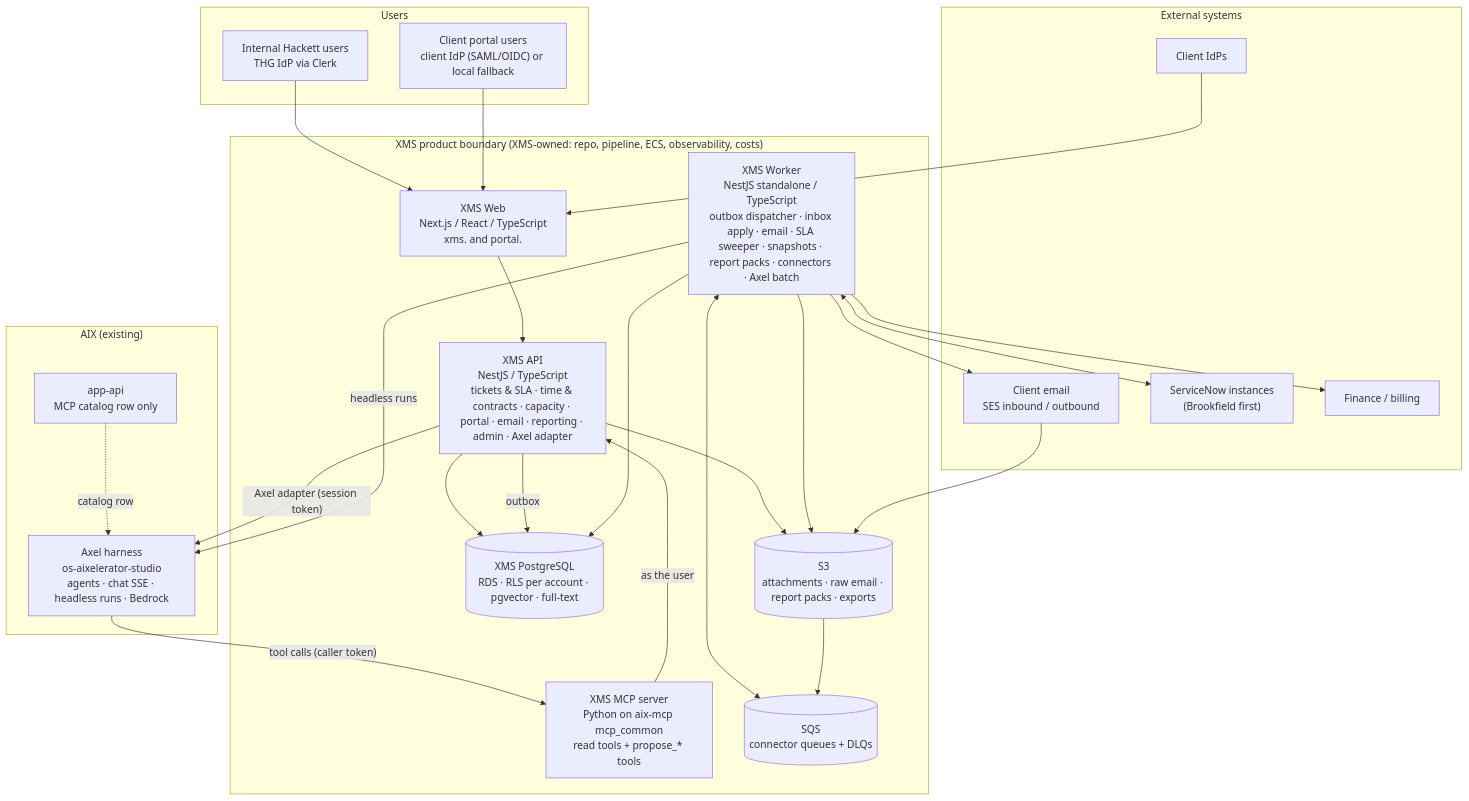
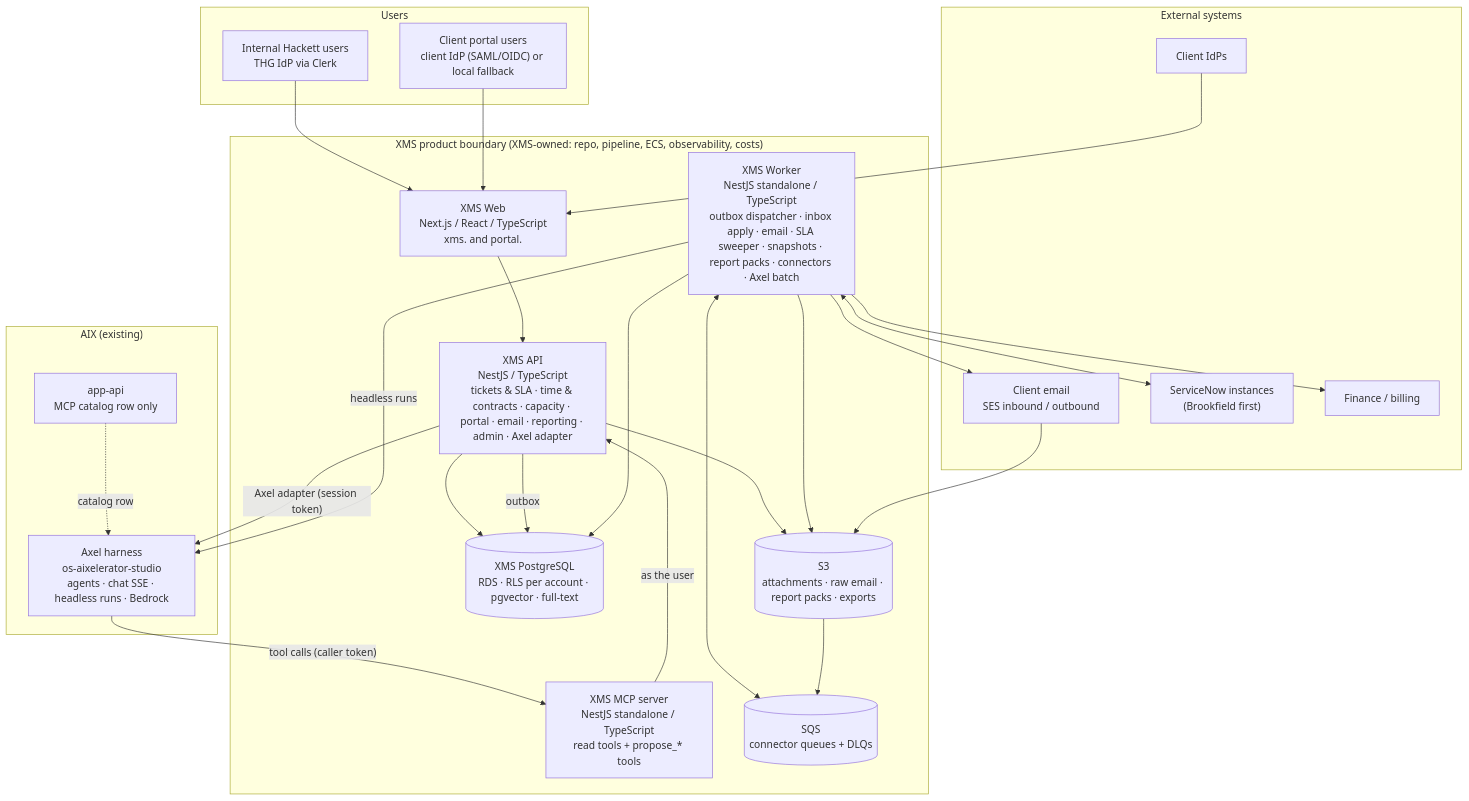
The diagram in 01-architecture/ARCHITECTURE.md (Mattb0124/xms-specs), drawn with Mermaid before and after one commit. The commit also changed other lines of this file and 16 other files, not shown here.

````diff
--- a/01-architecture/ARCHITECTURE.md
+++ b/01-architecture/ARCHITECTURE.md
@@ -15,46 +15,46 @@
 ```mermaid
 flowchart TB
     subgraph USERS["Users"]
       INT["Internal Hackett users\nTHG IdP via Clerk"]
       EXT["Client portal users\nclient IdP (SAML/OIDC) or local fallback"]
     end
     subgraph XMS["XMS product boundary (XMS-owned: repo, pipeline, ECS, observability, costs)"]
       WEB["XMS Web\nNext.js / React / TypeScript\nxms.<domain> and portal.<domain>"]
       API["XMS API\nNestJS / TypeScript\ntickets & SLA · time & contracts · capacity · portal · email · reporting · admin · Axel adapter"]
       WORKER["XMS Worker\nNestJS standalone / TypeScript\noutbox dispatcher · inbox apply · email · SLA sweeper · snapshots · report packs · connectors · Axel batch"]
-      MCP["XMS MCP server\nPython on aix-mcp mcp_common\nread tools + propose_* tools"]
+      MCP["XMS MCP server\nNestJS standalone / TypeScript\nread tools + propose_* tools"]
       PG[("XMS PostgreSQL\nRDS · RLS per account · pgvector · full-text")]
       S3[("S3\nattachments · raw email · report packs · exports")]
       SQS[("SQS\nconnector queues + DLQs")]
     end
     subgraph AIX["AIX (existing)"]
       AXEL["Axel harness\nos-aixelerator-studio\nagents · chat SSE · headless runs · Bedrock"]
       APPAPI["app-api\nMCP catalog row only"]
     end
     subgraph EXTS["External systems"]
       MAIL["Client email\nSES inbound / outbound"]
       SN["ServiceNow instances\n(Brookfield first)"]
       FIN["Finance / billing"]
       IDP["Client IdPs"]
     end
     INT --> WEB
     EXT --> WEB
     WEB --> API
     API --> PG
     API --> S3
     API -->|"outbox"| PG
     WORKER --> PG
     WORKER --> S3
     WORKER <--> SQS
     API -->|"Axel adapter (session token)"| AXEL
     WORKER -->|"headless runs"| AXEL
     AXEL -->|"tool calls (caller token)"| MCP
     MCP -->|"as the user"| API
     APPAPI -. "catalog row" .-> AXEL
     MAIL --> S3
     S3 --> SQS
     WORKER <--> SN
     WORKER --> FIN
     WORKER --> MAIL
     IDP --> WEB
 ```
````
